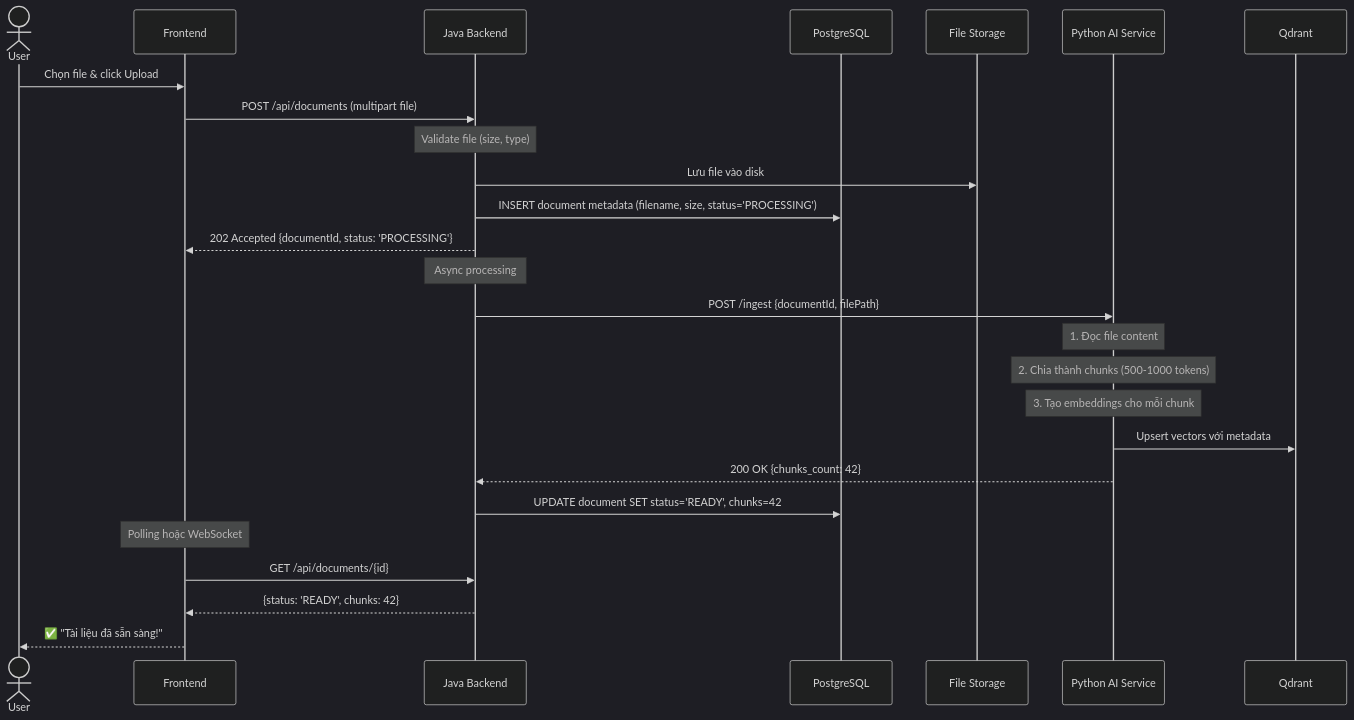
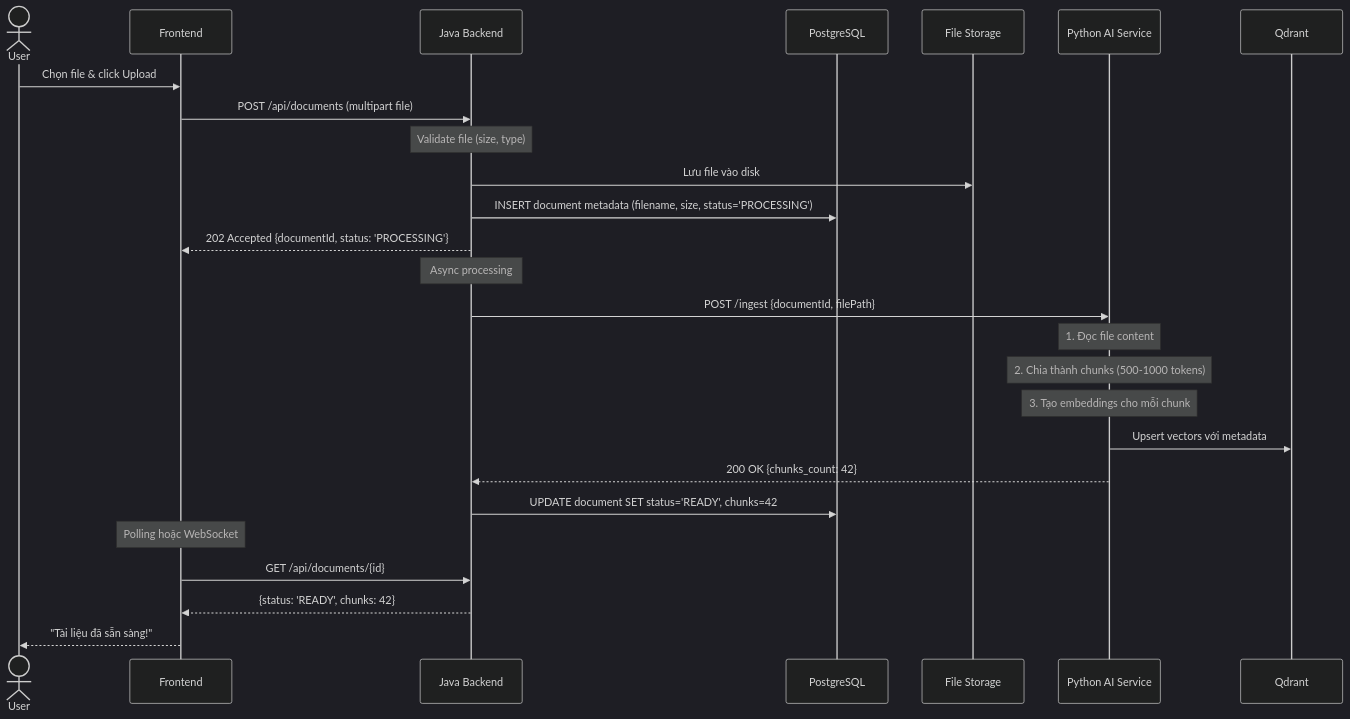
Before and after one commit to chauphat-dev/smart-doc-assistant: the second of 6 diagrams in implementation_plan.md, drawn with Mermaid (dark theme). The commit also changed other lines of this file, not shown here.

````diff
--- a/implementation_plan.md
+++ b/implementation_plan.md
@@ -172,34 +155,34 @@
 ```mermaid
 sequenceDiagram
     actor User
     participant FE as Frontend
     participant BE as Java Backend
     participant DB as PostgreSQL
     participant FS as File Storage
     participant AI as Python AI Service
     participant QD as Qdrant
 
     User->>FE: Chọn file & click Upload
     FE->>BE: POST /api/documents (multipart file)
     
     Note over BE: Validate file (size, type)
     BE->>FS: Lưu file vào disk
     BE->>DB: INSERT document metadata (filename, size, status='PROCESSING')
     BE-->>FE: 202 Accepted {documentId, status: 'PROCESSING'}
     
     Note over BE: Async processing
     BE->>AI: POST /ingest {documentId, filePath}
     
     Note over AI: 1. Đọc file content
     Note over AI: 2. Chia thành chunks (500-1000 tokens)
     Note over AI: 3. Tạo embeddings cho mỗi chunk
     AI->>QD: Upsert vectors với metadata
     AI-->>BE: 200 OK {chunks_count: 42}
     
     BE->>DB: UPDATE document SET status='READY', chunks=42
     
     Note over FE: Polling hoặc WebSocket
     FE->>BE: GET /api/documents/{id}
     BE-->>FE: {status: 'READY', chunks: 42}
-    FE-->>User: ✅ "Tài liệu đã sẵn sàng!"
+    FE-->>User: "Tài liệu đã sẵn sàng!"
 ```
````
